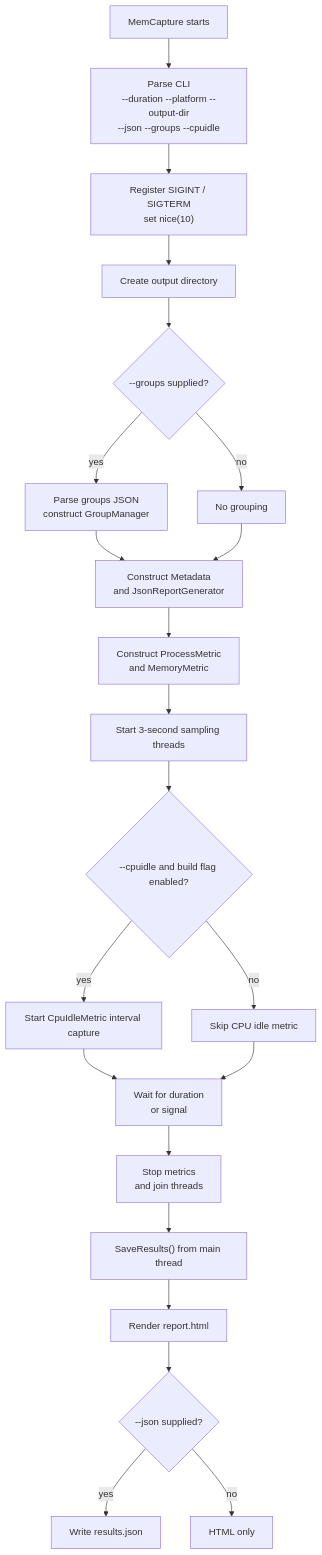
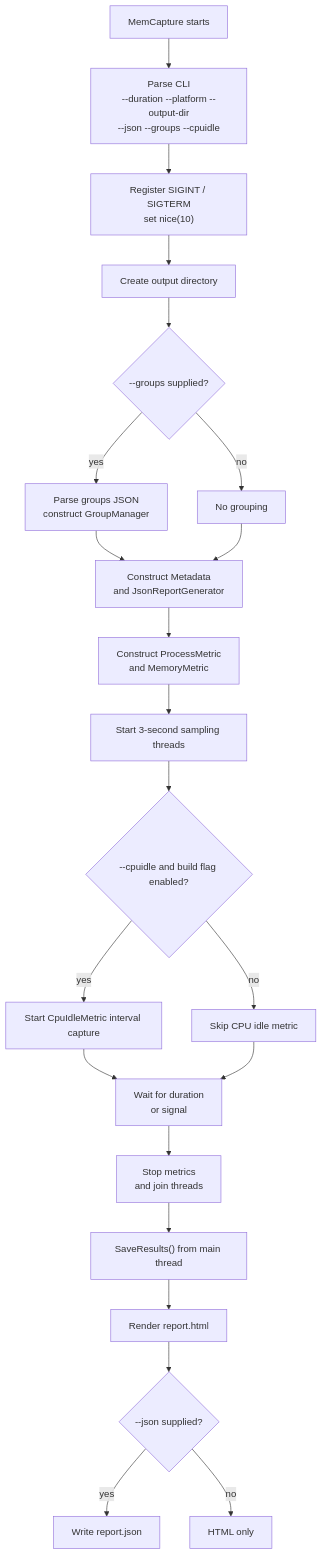
Before and after one commit to rdkcentral/MemCapture: the sixth of 9 diagrams in docs/architecture/overview.md, drawn with Mermaid. The commit also changed other lines of this file and 11 other files, not shown here.

First line of the commit message:
Apply PR review feedback: fix output filenames, JSON schema, std::map docs, and prerequisites

````diff
--- a/docs/architecture/overview.md
+++ b/docs/architecture/overview.md
@@ -238,24 +238,24 @@
 ```mermaid
 flowchart TD
         A["MemCapture starts"] --> B["Parse CLI\n--duration --platform --output-dir\n--json --groups --cpuidle"]
         B --> C["Register SIGINT / SIGTERM\nset nice(10)"]
         C --> D["Create output directory"]
         D --> E{"--groups supplied?"}
         E -->|yes| F["Parse groups JSON\nconstruct GroupManager"]
         E -->|no| G["No grouping"]
         F --> H["Construct Metadata\nand JsonReportGenerator"]
         G --> H
         H --> I["Construct ProcessMetric\nand MemoryMetric"]
         I --> J["Start 3-second sampling threads"]
         J --> K{"--cpuidle and build flag enabled?"}
         K -->|yes| L["Start CpuIdleMetric interval capture"]
         K -->|no| M["Skip CPU idle metric"]
         L --> N["Wait for duration\nor signal"]
         M --> N
         N --> O["Stop metrics\nand join threads"]
         O --> P["SaveResults() from main thread"]
         P --> Q["Render report.html"]
         Q --> R{"--json supplied?"}
-        R -->|yes| S["Write results.json"]
+        R -->|yes| S["Write report.json"]
         R -->|no| T["HTML only"]
 ```
````
